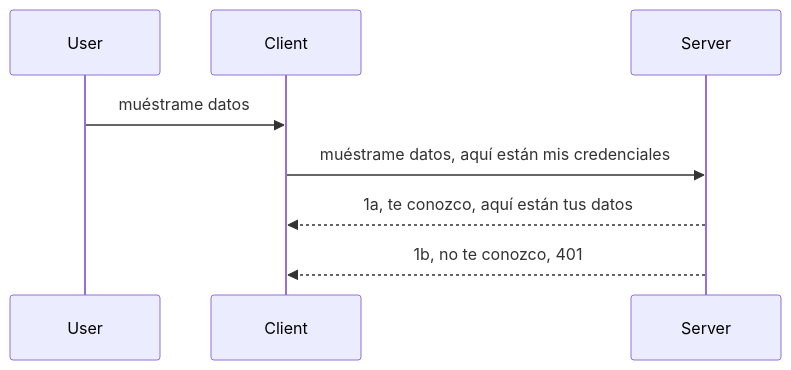
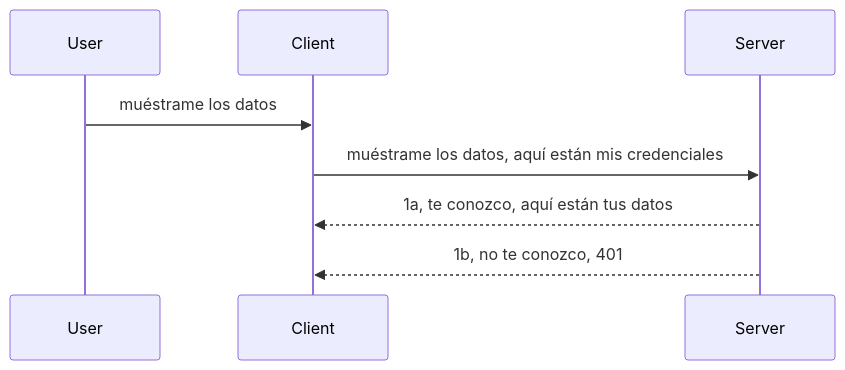
The diagram in mcp_ecosystem__model_context_protocol/mcp_learning_resources/mcp-for-beginners/translations/es/03-GettingStarted/11-simple-auth/README.md (HIDORAKAI002/ai-workspace-archive), drawn with Mermaid before and after one commit. The commit also changed other lines of this file and 1046 other files, not shown here.

````diff
--- a/mcp_ecosystem__model_context_protocol/mcp_learning_resources/mcp-for-beginners/translations/es/03-GettingStarted/11-simple-auth/README.md
+++ b/mcp_ecosystem__model_context_protocol/mcp_learning_resources/mcp-for-beginners/translations/es/03-GettingStarted/11-simple-auth/README.md
@@ -24,11 +24,11 @@
 ```mermaid
 sequenceDiagram
    participant User
    participant Client
    participant Server
 
-   User->>Client: muéstrame datos
-   Client->>Server: muéstrame datos, aquí están mis credenciales
+   User->>Client: muéstrame los datos
+   Client->>Server: muéstrame los datos, aquí están mis credenciales
    Server-->>Client: 1a, te conozco, aquí están tus datos
    Server-->>Client: 1b, no te conozco, 401 
 ```
````
